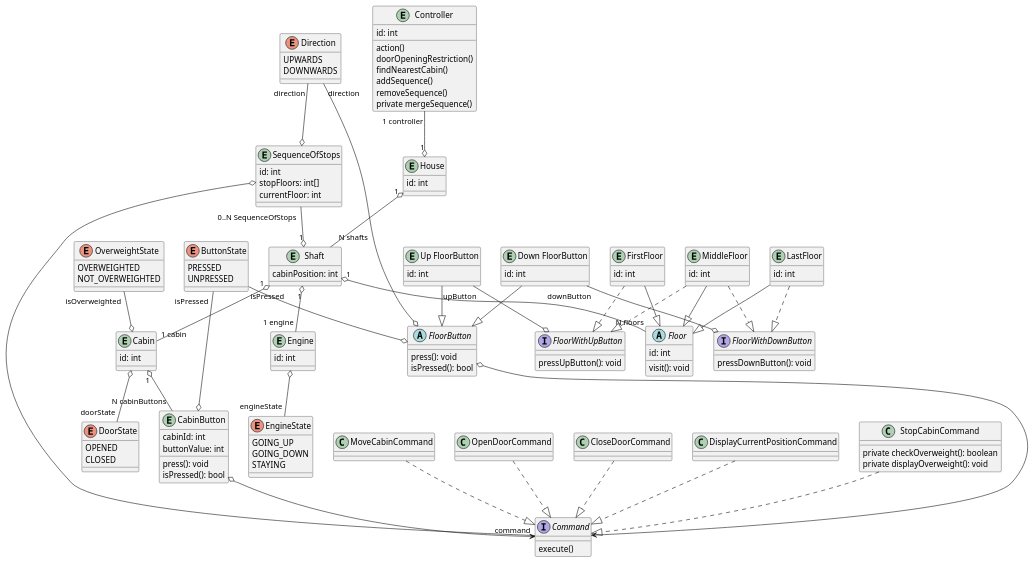
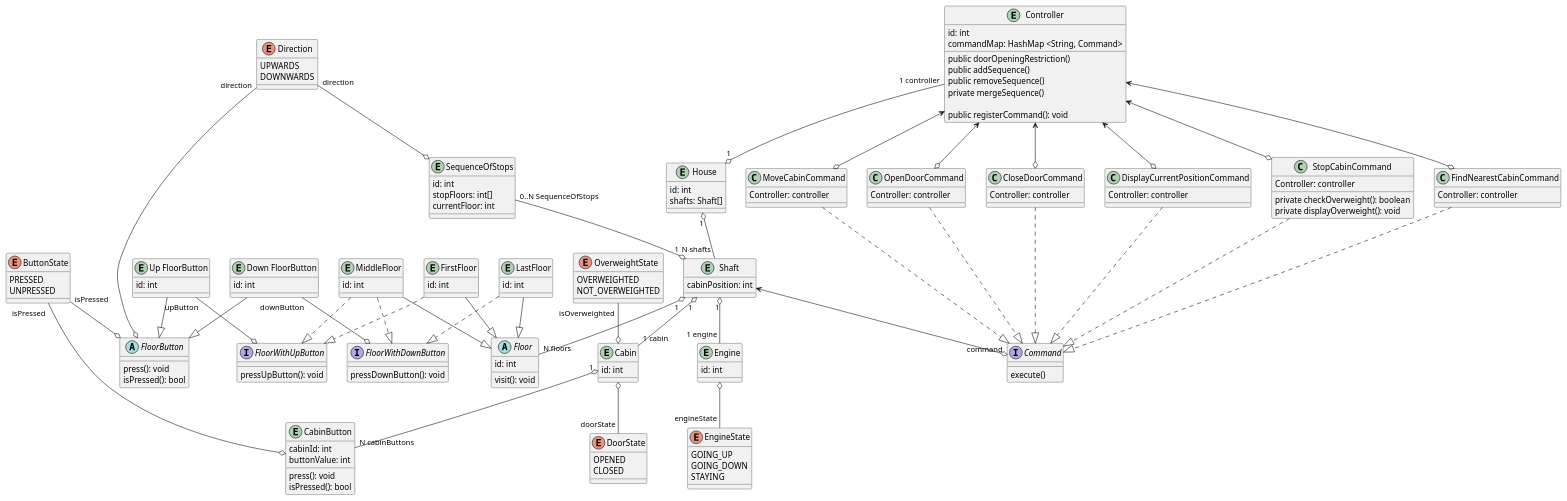
The diagram in src/documentation/classDiagram/classDiagramElevator.puml (valentynliubchenko/BomElevator), drawn with PlantUML before and after one commit. The commit also changed 3 other files, not shown here.

```diff
--- a/src/documentation/classDiagram/classDiagramElevator.puml
+++ b/src/documentation/classDiagram/classDiagramElevator.puml
@@ -1,178 +1,198 @@
 @startuml
 entity "Controller"{
 id: int
+commandMap: HashMap <String, Command>
 
-action()
-doorOpeningRestriction()
-findNearestCabin()
-addSequence()
-removeSequence()
+public doorOpeningRestriction()
+public addSequence()
+public removeSequence()
 private mergeSequence()
+
+public registerCommand(): void
+
 }
 
 enum DoorState{
 OPENED
 CLOSED
 }
 
 entity Cabin{
 id: int
 }
 
 entity SequenceOfStops {
 id: int
 stopFloors: int[]
 currentFloor: int
 }
 
 Direction "direction" --o SequenceOfStops
 
 
 enum EngineState{
 GOING_UP
 GOING_DOWN
 STAYING
 }
 
 enum Direction{
 UPWARDS
 DOWNWARDS
 }
 
 enum ButtonState{
 PRESSED
 UNPRESSED
 }
 
 entity "CabinButton"{
 cabinId: int
 buttonValue: int
 
 press(): void
 isPressed(): bool
 }
 
 
 abstract "FloorButton"{
   press(): void
   isPressed(): bool
 }
 
 entity "Up FloorButton" {
   id: int
 }
 
 entity "Down FloorButton" {
  id: int
 }
 
 "Up FloorButton" --|> "FloorButton"
 "Down FloorButton" --|> "FloorButton"
 
 abstract Floor{
   id: int
   visit(): void
 }
 
 interface FloorWithUpButton {
   pressUpButton(): void
 }
 
 "Up FloorButton" "upButton" --o FloorWithUpButton
 
 interface FloorWithDownButton {
  pressDownButton(): void
 }
 
 "Down FloorButton" "downButton" --o FloorWithDownButton
 
 entity FirstFloor {
   id: int
 }
 
 FirstFloor --|> Floor
 FirstFloor ..|> FloorWithUpButton
 
 entity LastFloor {
   id: int
 }
 
 LastFloor --|> Floor
 LastFloor ..|> FloorWithDownButton
 
 entity MiddleFloor {
   id: int
 }
 
 MiddleFloor --|> Floor
 MiddleFloor ..|> FloorWithUpButton
 MiddleFloor ..|> FloorWithDownButton
 
 Direction "direction" --o "FloorButton"
 
 Cabin "1" o-- "N cabinButtons" "CabinButton"
 ButtonState "isPressed " --o "FloorButton"
 ButtonState "isPressed " --o "CabinButton"
 
 entity Engine {
   id: int
 }
 
 Engine o-- "engineState" EngineState
 
 entity Shaft {
   cabinPosition: int
 }
 
 Shaft "1" o-- "1 engine" Engine
 
 entity House {
   id: int
+  shafts: Shaft[]
 }
 
 Shaft "1" o-- "N floors" Floor
 House "1" o-- "N shafts" Shaft
 
 Controller "1 controller" --o "1" House
 Shaft "1" o-- "1 cabin" Cabin
 
 Cabin o-- "doorState" DoorState
 
 SequenceOfStops "0..N SequenceOfStops" --o "1" Shaft
 
 interface Command {
     execute()
 }
 
 class MoveCabinCommand {
+    Controller: controller
 }
 class OpenDoorCommand {
+    Controller: controller
 }
 class CloseDoorCommand {
+    Controller: controller
 }
 class DisplayCurrentPositionCommand{
+    Controller: controller
 }
 class StopCabinCommand {
+    Controller: controller
+
     private checkOverweight(): boolean
     private displayOverweight(): void
+}
+
+class FindNearestCabinCommand {
+    Controller: controller
 }
 
 enum OverweightState {
     OVERWEIGHTED
     NOT_OVERWEIGHTED
 }
 
 OverweightState "isOverweighted" --o Cabin
 
 MoveCabinCommand  ..|> Command
 OpenDoorCommand  ..|> Command
 CloseDoorCommand  ..|> Command
 DisplayCurrentPositionCommand  ..|> Command
 StopCabinCommand  ..|> Command
+FindNearestCabinCommand  ..|> Command
 
-CabinButton o--> Command
-FloorButton o--> Command
+Controller <--o MoveCabinCommand
+Controller <--o OpenDoorCommand
+Controller <--o CloseDoorCommand
+Controller <--o DisplayCurrentPositionCommand
+Controller <--o FindNearestCabinCommand
+Controller <--o StopCabinCommand
 
-SequenceOfStops o-- "command" Command
+Shaft <--o "command" Command
+
+
 
 @enduml
```
